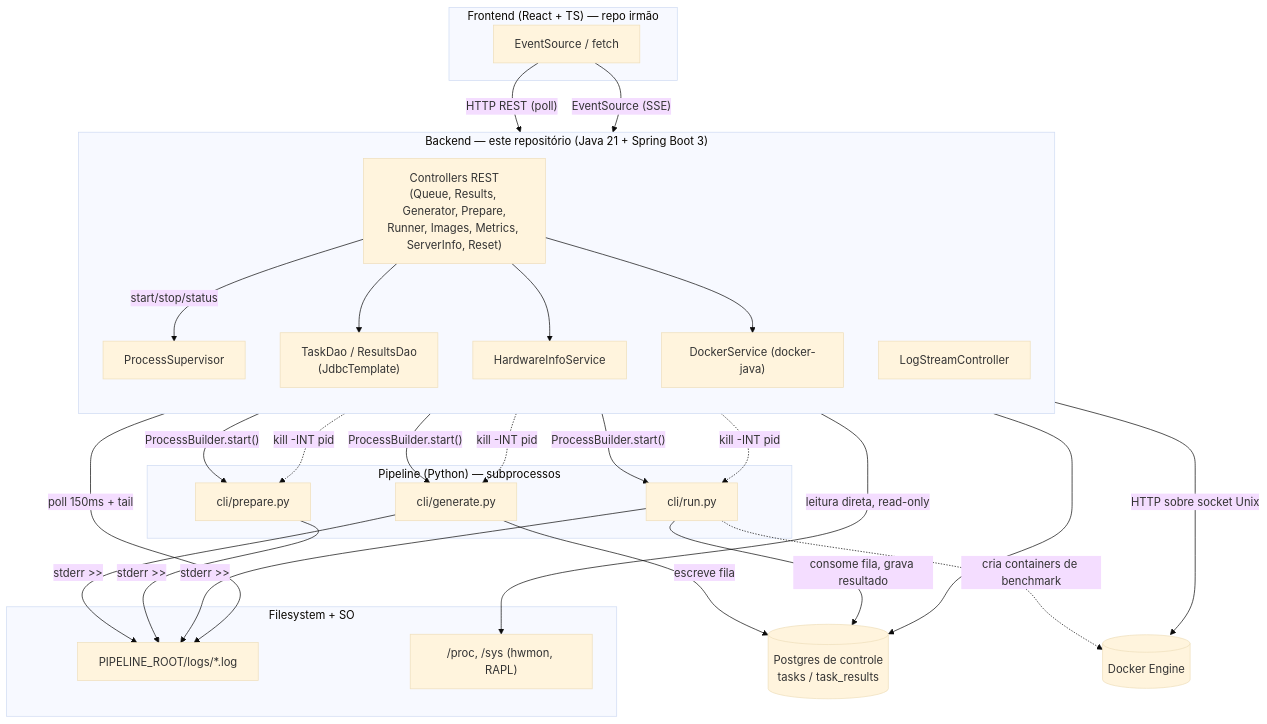
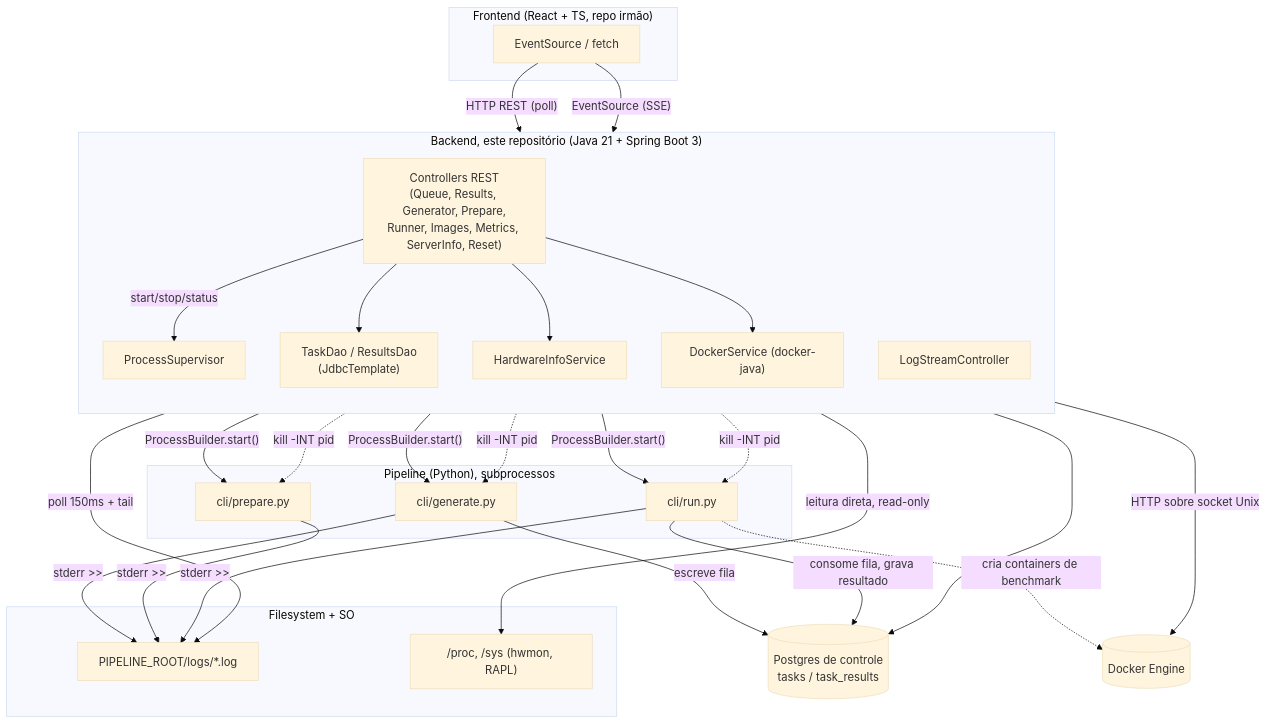
Before and after one commit to GustavoVieiraDeAraujo/Autotuning-PostgreSQL-Backend: the first of 2 diagrams in README.md, drawn with Mermaid (base theme). The commit also changed other lines of this file, not shown here.

````diff
--- a/README.md
+++ b/README.md
@@ -64,58 +76,58 @@
 ```mermaid
 flowchart TB
-    subgraph FE["Frontend (React + TS) — repo irmão"]
+    subgraph FE["Frontend (React + TS, repo irmão)"]
         Browser["EventSource / fetch"]
     end
 
-    subgraph BE["Backend — este repositório (Java 21 + Spring Boot 3)"]
+    subgraph BE["Backend, este repositório (Java 21 + Spring Boot 3)"]
         direction TB
         Controllers["Controllers REST\n(Queue, Results, Generator, Prepare,\nRunner, Images, Metrics, ServerInfo, Reset)"]
         LSC["LogStreamController"]
         PS["ProcessSupervisor"]
         HW["HardwareInfoService"]
         DS["DockerService (docker-java)"]
         DAO["TaskDao / ResultsDao\n(JdbcTemplate)"]
     end
 
     subgraph FSOS["Filesystem + SO"]
         LOGS["PIPELINE_ROOT/logs/*.log"]
         PROC["/proc, /sys (hwmon, RAPL)"]
     end
 
-    subgraph PIPE["Pipeline (Python) — subprocessos"]
+    subgraph PIPE["Pipeline (Python), subprocessos"]
         GEN["cli/generate.py"]
         PREP["cli/prepare.py"]
         RUN["cli/run.py"]
     end
 
     PG[("Postgres de controle\ntasks / task_results")]
     DOCKER[("Docker Engine")]
 
     Browser -->|"HTTP REST (poll)"| Controllers
     Browser -->|"EventSource (SSE)"| LSC
 
     Controllers -->|"start/stop/status"| PS
     PS -->|"ProcessBuilder.start()"| GEN
     PS -->|"ProcessBuilder.start()"| PREP
     PS -->|"ProcessBuilder.start()"| RUN
     PS -.->|"kill -INT pid"| GEN
     PS -.->|"kill -INT pid"| PREP
     PS -.->|"kill -INT pid"| RUN
 
     GEN -->|"stderr >>"| LOGS
     PREP -->|"stderr >>"| LOGS
     RUN -->|"stderr >>"| LOGS
     LSC -->|"poll 150ms + tail"| LOGS
 
     GEN -->|"escreve fila"| PG
     RUN -->|"consome fila, grava resultado"| PG
     Controllers --> DAO
     DAO --> PG
 
     Controllers --> HW
     HW -->|"leitura direta, read-only"| PROC
 
     Controllers --> DS
     DS -->|"HTTP sobre socket Unix"| DOCKER
     RUN -.->|"cria containers de benchmark"| DOCKER
 ```
````
